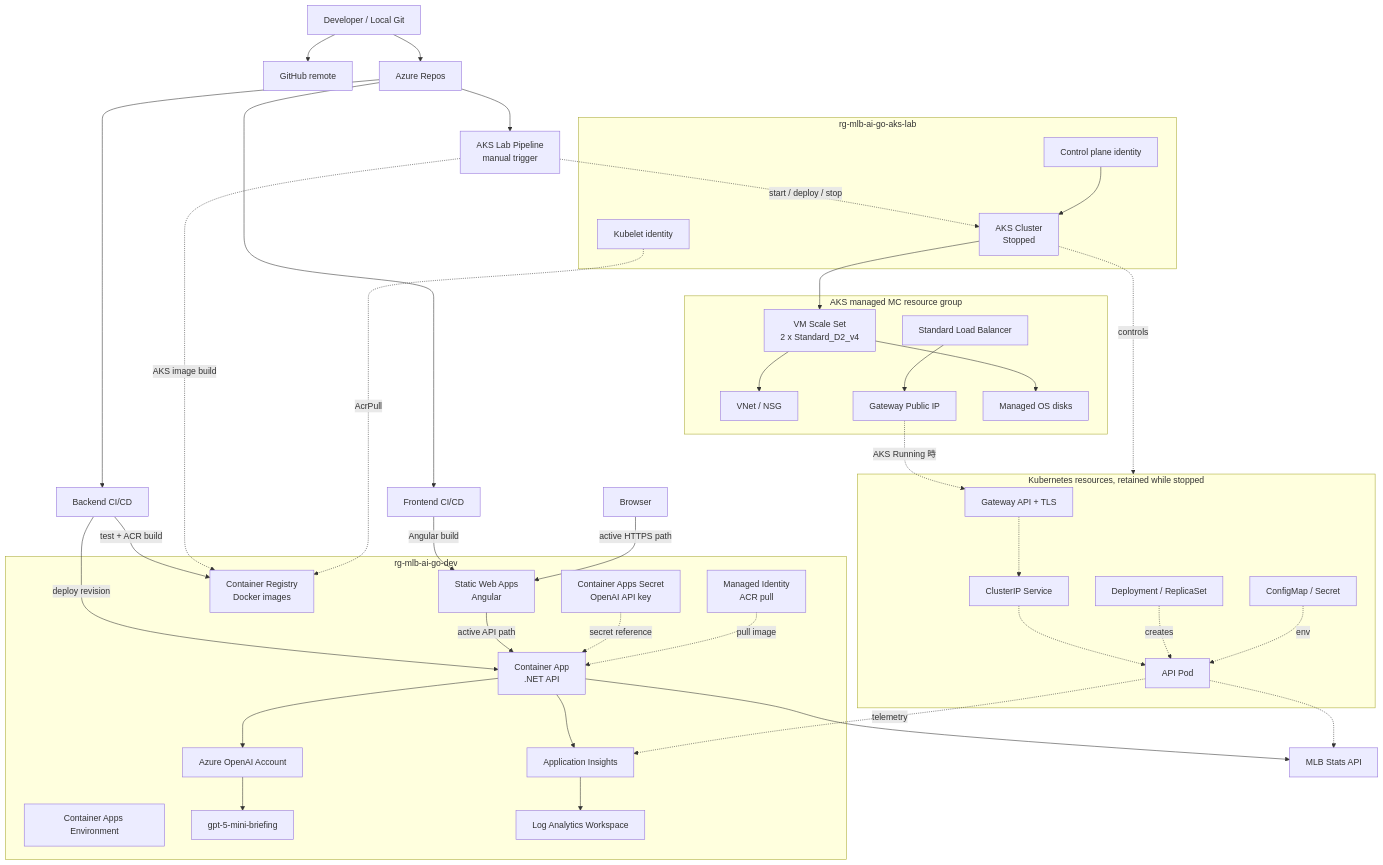
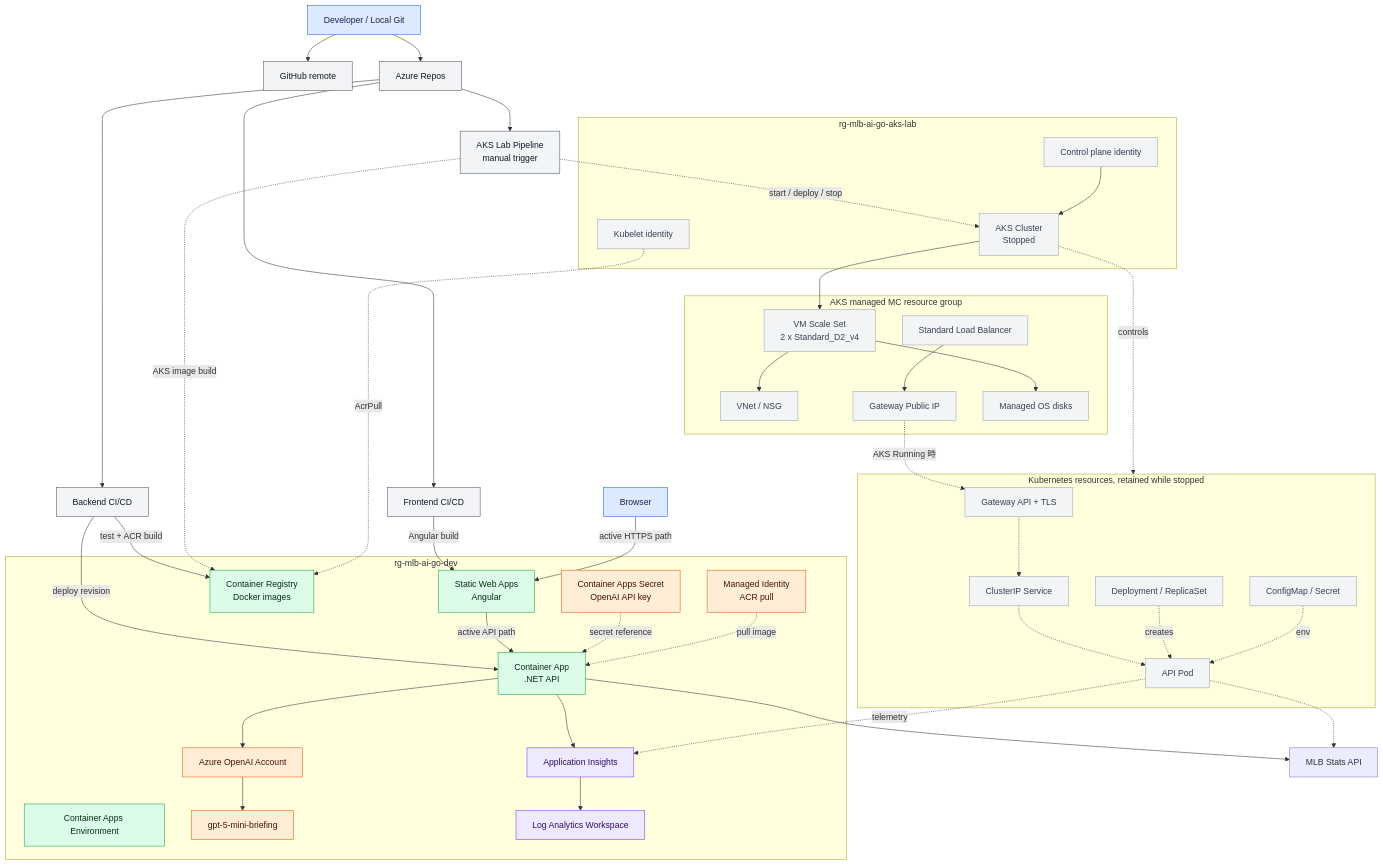
One commit to sungYiCheng/MLB changed the second of 5 diagrams in docs/current-architecture.md. Above: the diagram before and after it, drawn with Mermaid. The commit also changed other lines of this file and 1 other file, not shown here.

Commit message:
Polish architecture diagrams and explanations

````diff
--- a/docs/current-architecture.md
+++ b/docs/current-architecture.md
@@ -130,4 +144,18 @@
     CFG -.env.-> POD
     POD -.-> MLB
     POD -.telemetry.-> Appi
+
+    classDef person fill:#dbeafe,stroke:#2563eb,color:#172554
+    classDef delivery fill:#f3f4f6,stroke:#4b5563,color:#111827
+    classDef active fill:#dcfce7,stroke:#16a34a,color:#052e16
+    classDef service fill:#ffedd5,stroke:#ea580c,color:#431407
+    classDef observe fill:#ede9fe,stroke:#7c3aed,color:#2e1065
+    classDef lab fill:#f3f4f6,stroke:#9ca3af,color:#374151
+
+    class Developer,User person
+    class GitHub,Repos,BackendCI,FrontendCI,AksCI delivery
+    class SWA,ACR,CAE,CA active
+    class OAI,Model,AppSecret,AcrIdentity service
+    class Appi,LAW observe
+    class AKS,ControlID,KubeletID,VMSS,VNet,LB,PublicIP,Disks,GW,SVC,DEP,POD,CFG lab
 ```
````
